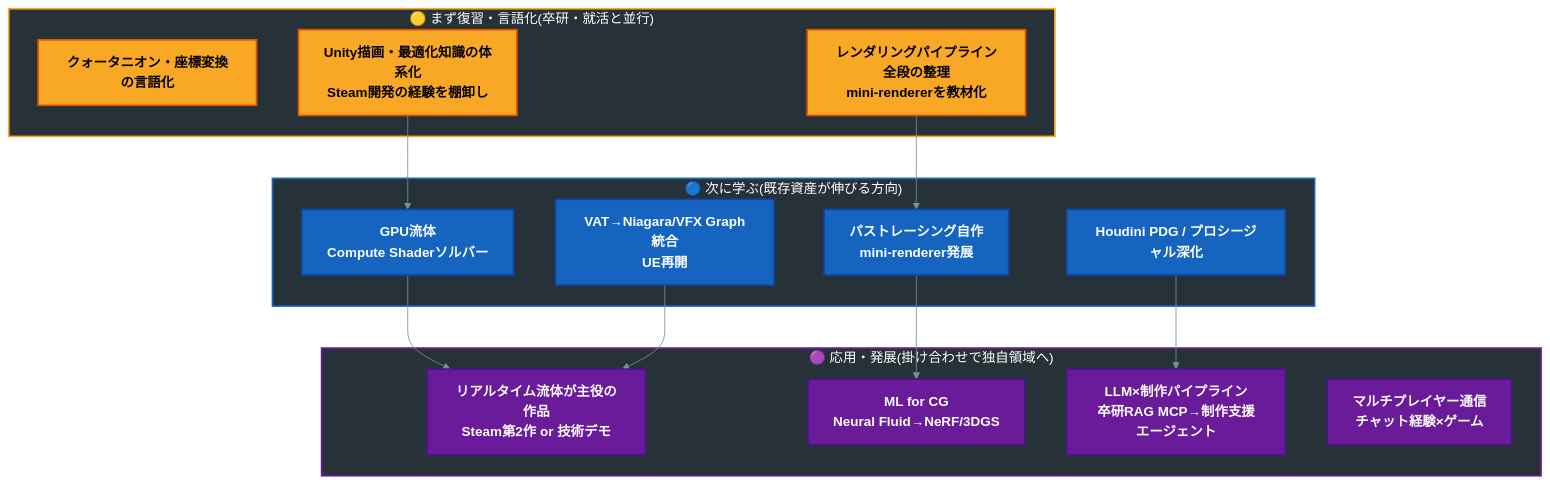
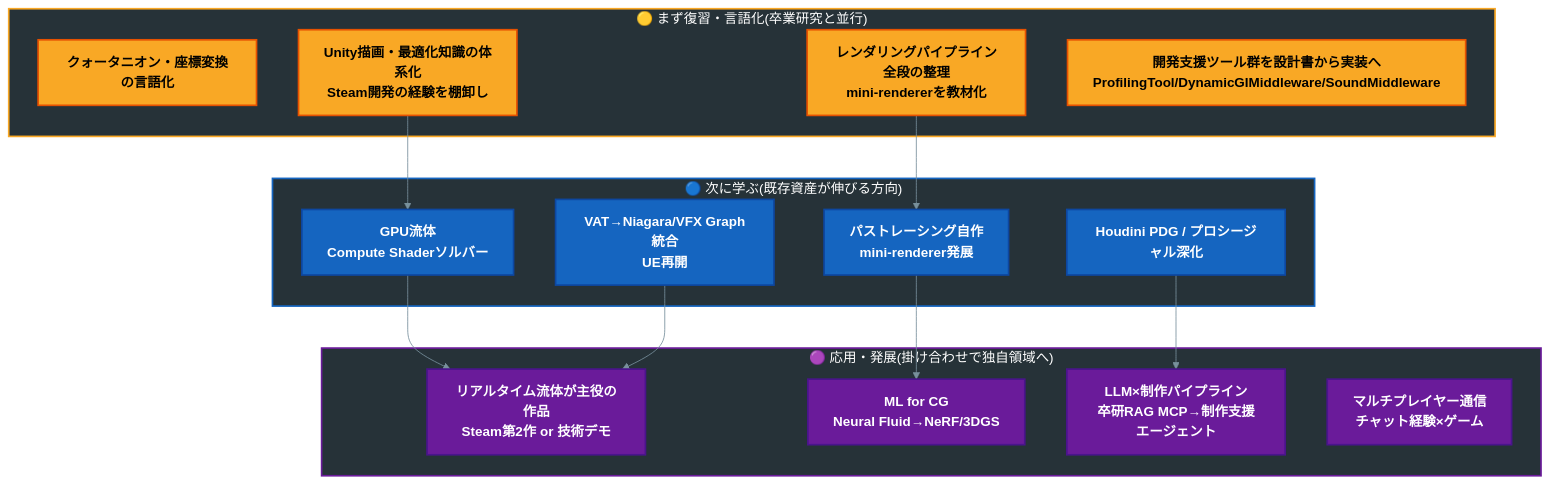
Before and after one commit to manato1201/manato1201: diagram 14 of 15 in README.md, drawn with Mermaid. The commit also changed other lines of this file, not shown here.

Commit message:
Update README with new projects and timeline adjustments

````diff
--- a/README.md
+++ b/README.md
@@ -465,38 +515,39 @@
 ```mermaid
 %%{init: {'themeVariables': {'primaryColor':'#37474f','primaryTextColor':'#ffffff','primaryBorderColor':'#263238','lineColor':'#78909c','fontSize':'16px'}}}%%
 flowchart TB
-    subgraph NOW["🟡 まず復習・言語化(卒研・就活と並行)"]
+    subgraph NOW["🟡 まず復習・言語化(卒業研究と並行)"]
         Y1[クォータニオン・座標変換の言語化]:::review
         Y2[レンダリングパイプライン全段の整理<br>mini-rendererを教材化]:::review
         Y3[Unity描画・最適化知識の体系化<br>Steam開発の経験を棚卸し]:::review
+        Y4[開発支援ツール群を設計書から実装へ<br>ProfilingTool/DynamicGIMiddleware/SoundMiddleware]:::review
     end
 
     subgraph NEXT["🔵 次に学ぶ(既存資産が伸びる方向)"]
         B1[GPU流体<br>Compute Shaderソルバー]:::next
         B2[パストレーシング自作<br>mini-renderer発展]:::next
         B3[VAT→Niagara/VFX Graph統合<br>UE再開]:::next
         B4[Houdini PDG / プロシージャル深化]:::next
     end
 
     subgraph ADV["🟣 応用・発展(掛け合わせで独自領域へ)"]
         P1[リアルタイム流体が主役の作品<br>Steam第2作 or 技術デモ]:::adv
         P2[ML for CG<br>Neural Fluid→NeRF/3DGS]:::adv
         P3[LLM×制作パイプライン<br>卒研RAG MCP→制作支援エージェント]:::adv
         P4[マルチプレイヤー通信<br>チャット経験×ゲーム]:::adv
     end
 
     Y2 --> B2
     Y3 --> B1
     B1 --> P1
     B2 --> P2
     B3 --> P1
     B4 --> P3
 
     classDef done fill:#2e7d32,stroke:#1b5e20,stroke-width:2px,color:#ffffff,font-weight:bold
     classDef review fill:#f9a825,stroke:#e65100,stroke-width:2px,color:#000000,font-weight:bold
     classDef next fill:#1565c0,stroke:#0d47a1,stroke-width:2px,color:#ffffff,font-weight:bold
     classDef adv fill:#6a1b9a,stroke:#4a148c,stroke-width:2px,color:#ffffff,font-weight:bold
     style NOW fill:#263238,stroke:#f9a825,stroke-width:2px,color:#ffffff
     style NEXT fill:#263238,stroke:#1565c0,stroke-width:2px,color:#ffffff
     style ADV fill:#263238,stroke:#6a1b9a,stroke-width:2px,color:#ffffff
 ```
````
